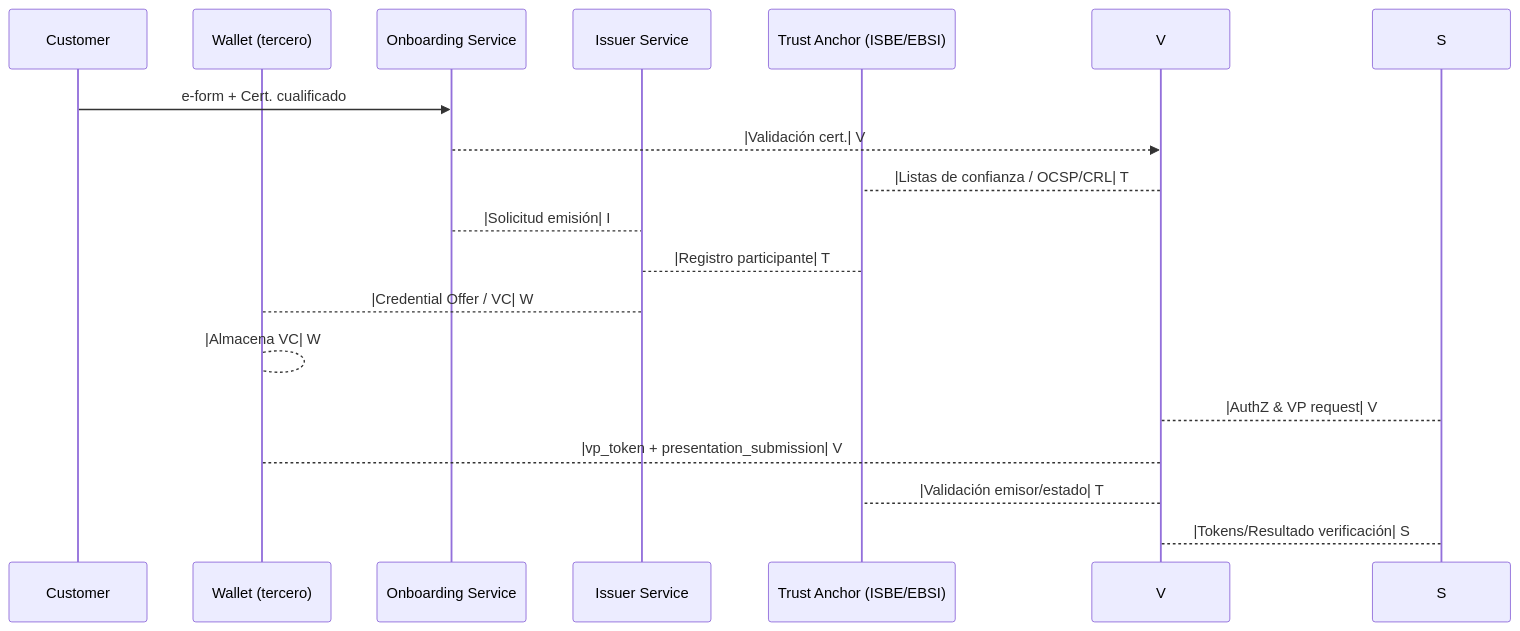
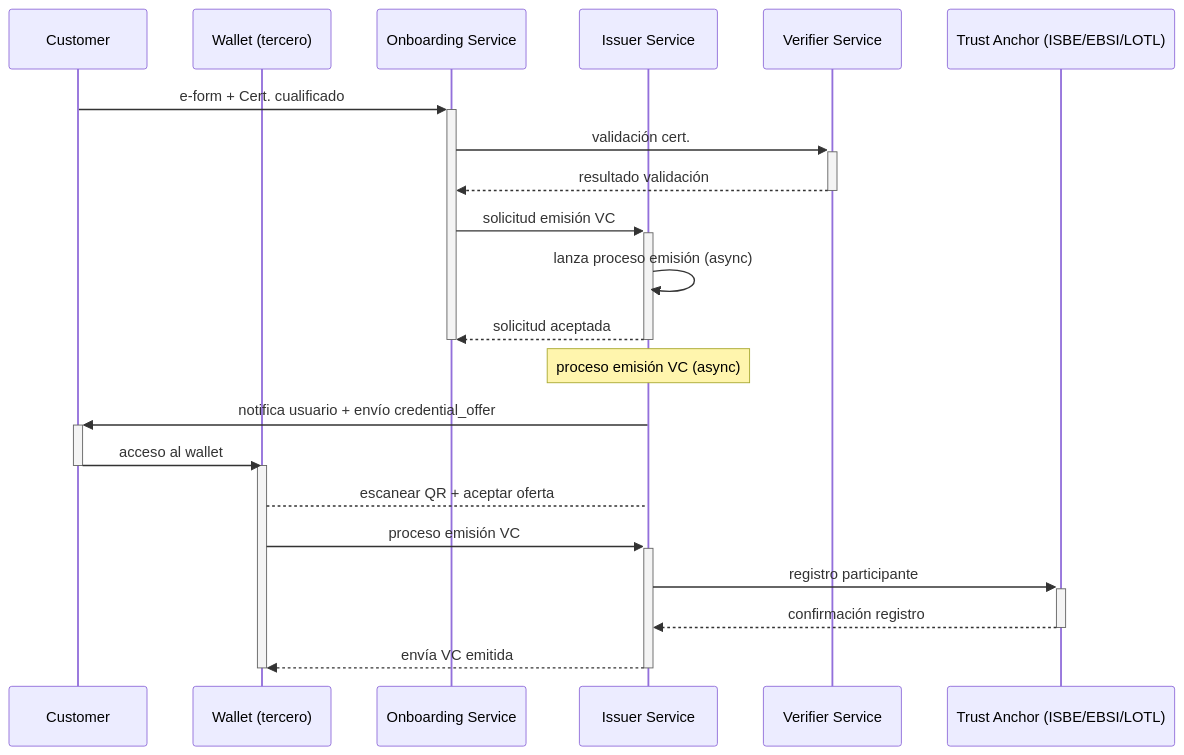
The second of 2 diagrams in docs/artifacts/ISBE-ARTIFACT-04010.md (alastria/isbe-gobernanza-onboarding), drawn with Mermaid before and after one commit. The commit also changed other lines of this file, not shown here.

````diff
--- a/docs/artifacts/ISBE-ARTIFACT-04010.md
+++ b/docs/artifacts/ISBE-ARTIFACT-04010.md
@@ -226,23 +249,33 @@
-  ```mermaid
-      sequenceDiagram
-  
-        participant P as Customer
-        participant W as Wallet (tercero)
-        
-        participant A as Onboarding Service
-        participant I as Issuer Service
-        
-        participant T as Trust Anchor (ISBE/EBSI)
-        
-        P ->>A: e-form + Cert. cualificado
-        A -->>V: |Validación cert.| V
-        V -->T: |Listas de confianza / OCSP/CRL| T
-        A -->I: |Solicitud emisión| I
-        I -->T: |Registro participante| T
-        I -->W: |Credential Offer / VC| W
-        W -->W: |Almacena VC| W
-        S -->V: |AuthZ & VP request| V
-        W -->V: |vp_token + presentation_submission| V
-        V -->T: |Validación emisor/estado| T
-        V -->S: |Tokens/Resultado verificación| S
-  ```
+```mermaid
+  sequenceDiagram
+
+    participant P as Customer
+    participant W as Wallet (tercero)
+    
+    participant A as Onboarding Service
+    participant I as Issuer Service
+    participant V as Verifier Service
+    
+    participant T as Trust Anchor (ISBE/EBSI/LOTL)
+    
+    P ->>+ A: e-form + Cert. cualificado
+
+    A ->>+ V: validación cert.
+    V -->>- A: resultado validación
+
+    A ->>+ I: solicitud emisión VC
+    I ->> I: lanza proceso emisión (async)
+    I -->>- A: solicitud aceptada
+    deactivate A
+
+    note over I: proceso emisión VC (async)
+    I ->>+ P: notifica usuario + envío credential_offer
+    P ->>- W: acceso al wallet
+    activate W
+    W --> I: escanear QR + aceptar oferta
+    W ->>+ I: proceso emisión VC
+    I ->>+ T: registro participante
+    T -->>- I: confirmación registro
+    I -->>- W: envía VC emitida
+    deactivate W
+```
````
